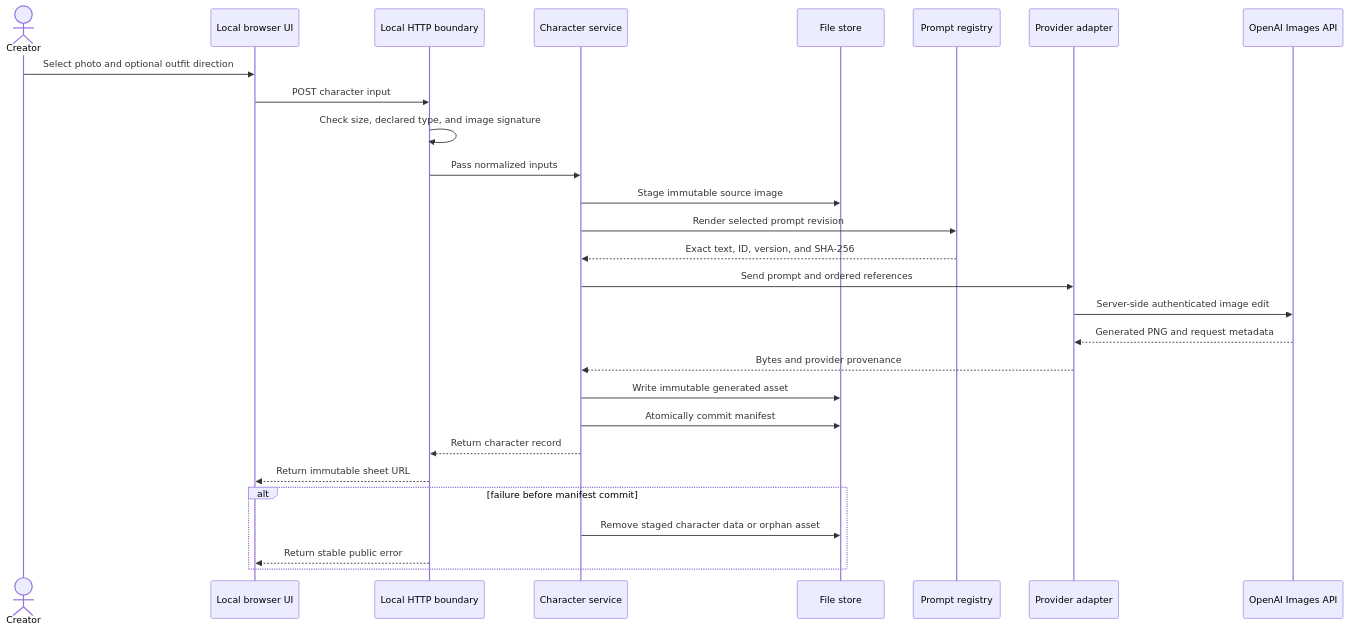
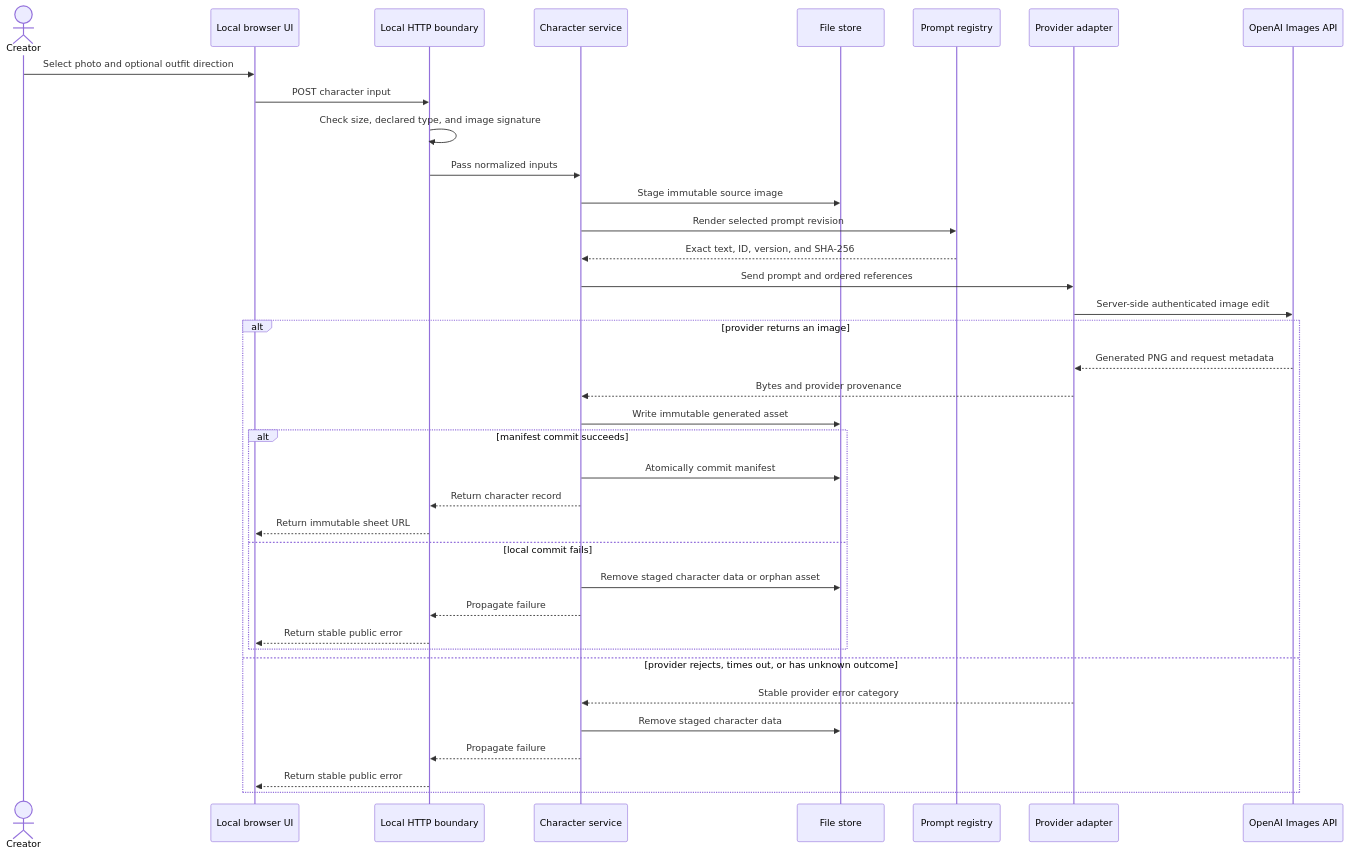
Before and after one commit to Floneyyang/character-consistency-toolkit: the second of 3 diagrams in docs/system-design.md, drawn with Mermaid. The commit also changed other lines of this file, not shown here.

Commit message:
docs: clarify failure and upload boundaries

````diff
--- a/docs/system-design.md
+++ b/docs/system-design.md
@@ -90,32 +90,42 @@
 ```mermaid
 sequenceDiagram
     actor Creator
     participant UI as Local browser UI
     participant API as Local HTTP boundary
     participant Domain as Character service
     participant Store as File store
     participant Prompt as Prompt registry
     participant Provider as Provider adapter
     participant Model as OpenAI Images API
 
     Creator->>UI: Select photo and optional outfit direction
     UI->>API: POST character input
     API->>API: Check size, declared type, and image signature
     API->>Domain: Pass normalized inputs
     Domain->>Store: Stage immutable source image
     Domain->>Prompt: Render selected prompt revision
     Prompt-->>Domain: Exact text, ID, version, and SHA-256
     Domain->>Provider: Send prompt and ordered references
     Provider->>Model: Server-side authenticated image edit
-    Model-->>Provider: Generated PNG and request metadata
-    Provider-->>Domain: Bytes and provider provenance
-    Domain->>Store: Write immutable generated asset
-    Domain->>Store: Atomically commit manifest
-    Domain-->>API: Return character record
-    API-->>UI: Return immutable sheet URL
 
-    alt failure before manifest commit
-        Domain->>Store: Remove staged character data or orphan asset
+    alt provider returns an image
+        Model-->>Provider: Generated PNG and request metadata
+        Provider-->>Domain: Bytes and provider provenance
+        Domain->>Store: Write immutable generated asset
+
+        alt manifest commit succeeds
+            Domain->>Store: Atomically commit manifest
+            Domain-->>API: Return character record
+            API-->>UI: Return immutable sheet URL
+        else local commit fails
+            Domain->>Store: Remove staged character data or orphan asset
+            Domain-->>API: Propagate failure
+            API-->>UI: Return stable public error
+        end
+    else provider rejects, times out, or has unknown outcome
+        Provider-->>Domain: Stable provider error category
+        Domain->>Store: Remove staged character data
+        Domain-->>API: Propagate failure
         API-->>UI: Return stable public error
     end
 ```
````
